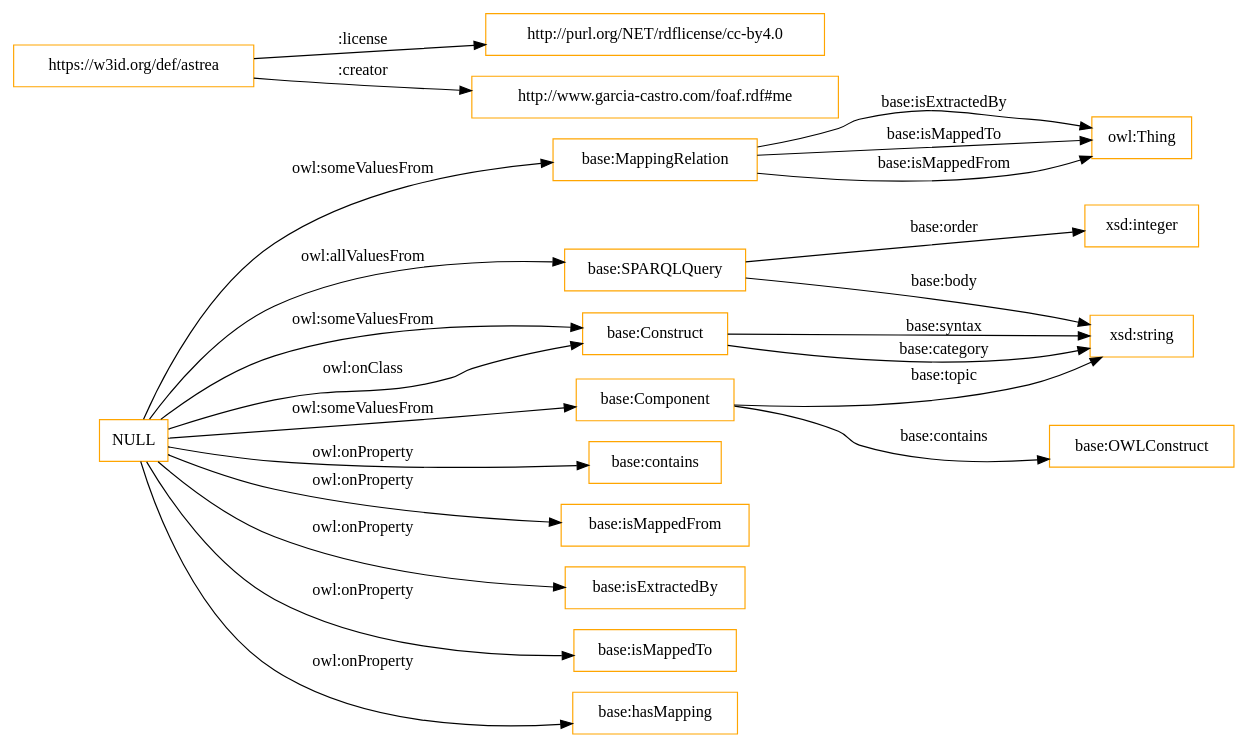
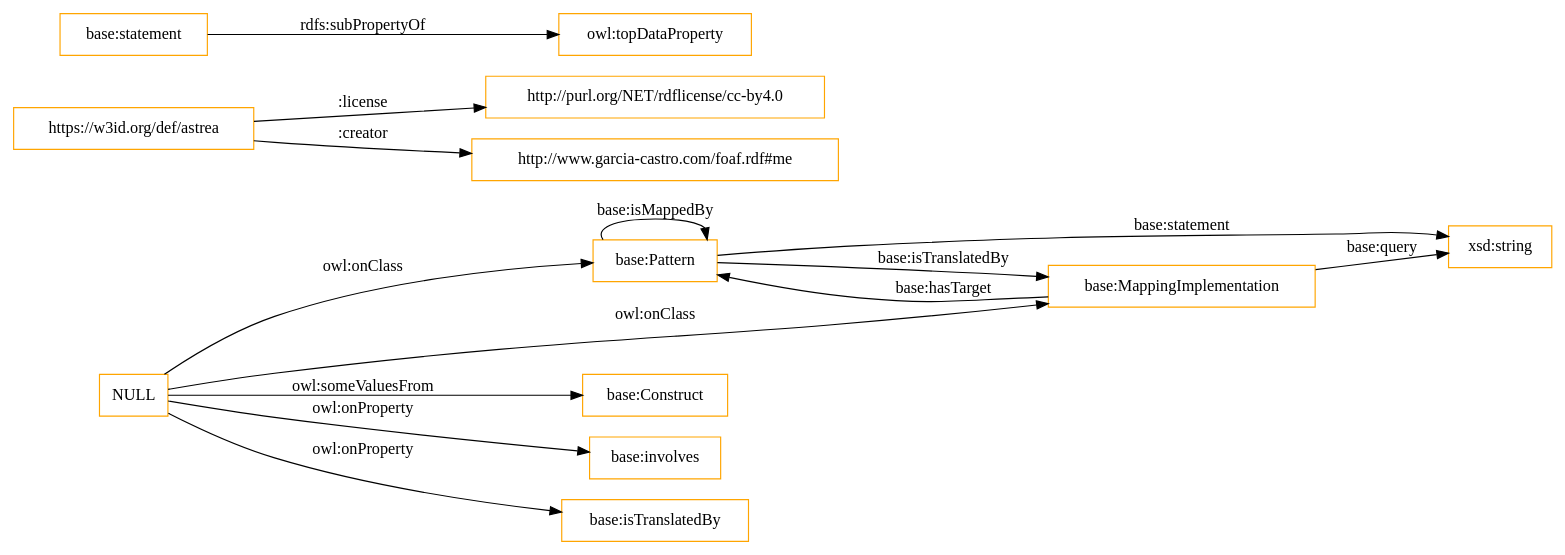
One commit to albaizq/astrea-ontology changed the diagram in OnToology/ontology.owl/diagrams/ar2dtool-class/ontology.owl.png.dot. Above: the diagram before and after it, drawn with Graphviz. The commit also changed 12 other files, not shown here.

```diff
--- a/OnToology/ontology.owl/diagrams/ar2dtool-class/ontology.owl.png.dot
+++ b/OnToology/ontology.owl/diagrams/ar2dtool-class/ontology.owl.png.dot
@@ -1,27 +1,19 @@
 digraph ar2dtool_diagram { 
 rankdir=LR;
 size="1501"
-node [shape = rectangle, color="orange"]; "base:SPARQLQuery" "base:OWLConstruct" "base:MappingRelation" "base:Construct" "base:Component" ; /*classes style*/
+node [shape = rectangle, color="orange"]; "base:Pattern" "base:MappingImplementation" "base:Construct" ; /*classes style*/
 	"https://w3id.org/def/astrea" -> "http://purl.org/NET/rdflicense/cc-by4.0" [ label = ":license" ];
 	"https://w3id.org/def/astrea" -> "http://www.garcia-castro.com/foaf.rdf#me" [ label = ":creator" ];
-	"NULL" -> "base:MappingRelation" [ label = "owl:someValuesFrom" ];
+	"base:statement" -> "owl:topDataProperty" [ label = "rdfs:subPropertyOf" ];
+	"NULL" -> "base:Pattern" [ label = "owl:onClass" ];
 	"NULL" -> "base:Construct" [ label = "owl:someValuesFrom" ];
-	"NULL" -> "base:contains" [ label = "owl:onProperty" ];
-	"NULL" -> "base:isMappedFrom" [ label = "owl:onProperty" ];
-	"NULL" -> "base:isExtractedBy" [ label = "owl:onProperty" ];
-	"NULL" -> "base:Construct" [ label = "owl:onClass" ];
-	"NULL" -> "base:isMappedTo" [ label = "owl:onProperty" ];
-	"NULL" -> "base:Component" [ label = "owl:someValuesFrom" ];
-	"NULL" -> "base:hasMapping" [ label = "owl:onProperty" ];
-	"NULL" -> "base:SPARQLQuery" [ label = "owl:allValuesFrom" ];
-	"base:MappingRelation" -> "owl:Thing" [ label = "base:isExtractedBy" ];
-	"base:Construct" -> "xsd:string" [ label = "base:syntax" ];
-	"base:Construct" -> "xsd:string" [ label = "base:category" ];
-	"base:MappingRelation" -> "owl:Thing" [ label = "base:isMappedTo" ];
-	"base:SPARQLQuery" -> "xsd:integer" [ label = "base:order" ];
-	"base:SPARQLQuery" -> "xsd:string" [ label = "base:body" ];
-	"base:MappingRelation" -> "owl:Thing" [ label = "base:isMappedFrom" ];
-	"base:Component" -> "xsd:string" [ label = "base:topic" ];
-	"base:Component" -> "base:OWLConstruct" [ label = "base:contains" ];
+	"NULL" -> "base:involves" [ label = "owl:onProperty" ];
+	"NULL" -> "base:MappingImplementation" [ label = "owl:onClass" ];
+	"NULL" -> "base:isTranslatedBy" [ label = "owl:onProperty" ];
+	"base:Pattern" -> "xsd:string" [ label = "base:statement" ];
+	"base:Pattern" -> "base:Pattern" [ label = "base:isMappedBy" ];
+	"base:Pattern" -> "base:MappingImplementation" [ label = "base:isTranslatedBy" ];
+	"base:MappingImplementation" -> "xsd:string" [ label = "base:query" ];
+	"base:MappingImplementation" -> "base:Pattern" [ label = "base:hasTarget" ];
 
 }
```
